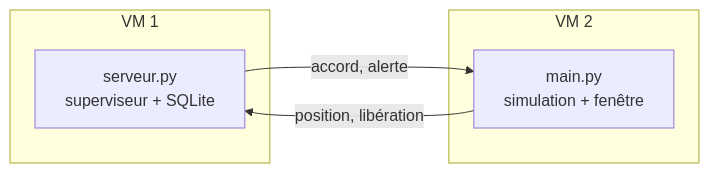
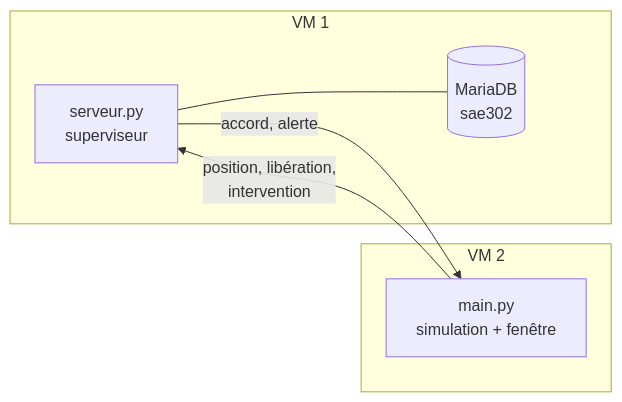
The second of 2 diagrams in README.md (Ercys38/SAE3.02), drawn with Mermaid before and after one commit. The commit also changed other lines of this file and 8 other files, not shown here.

````diff
--- a/README.md
+++ b/README.md
@@ -90,11 +90,13 @@
 ```mermaid
 flowchart LR
     subgraph VM1["VM 1"]
-        S["serveur.py<br/>superviseur + SQLite"]
+        S["serveur.py<br/>superviseur"]
+        D[("MariaDB<br/>sae302")]
+        S --- D
     end
     subgraph VM2["VM 2"]
         M["main.py<br/>simulation + fenêtre"]
     end
-    M -->|"position, libération"| S
+    M -->|"position, libération,<br/>intervention"| S
     S -->|"accord, alerte"| M
 ```
````
